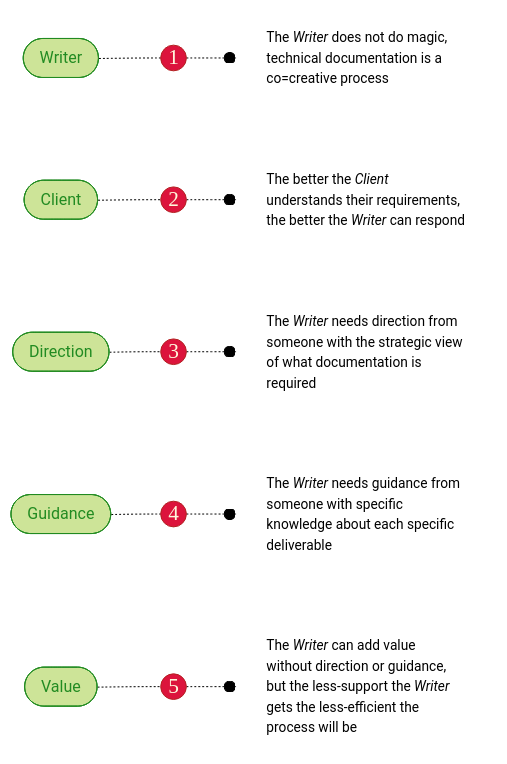
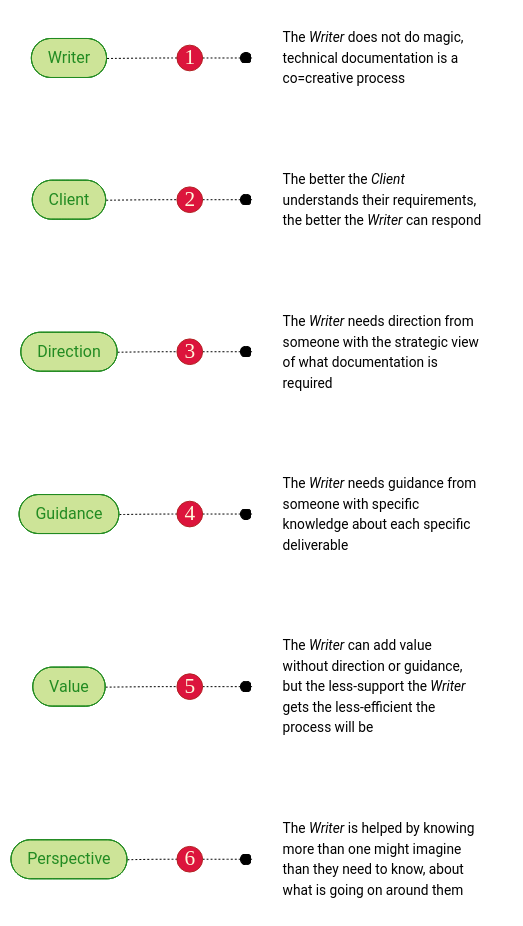
The diagram in contract_v2.md (joe-dorward/samples), drawn with Mermaid (forest theme) before and after one commit.

````diff
--- a/contract_v2.md
+++ b/contract_v2.md
@@ -1,55 +1,62 @@
 ```mermaid
 flowchart LR
 
   %% define styles
   classDef User fill:#cde498, stroke:forestgreen, color:forestgreen;
   classDef Number fill:crimson, color:cornsilk, stroke:firebrick, font-family:verdana, font-size:16pt, padding:10px;
   classDef Button fill:green, color:white;
   classDef Note fill:transparent, stroke:white, text-align:left, font-size: 95%;
 
   classDef Backend fill:mediumseagreen, stroke:white, color:honeydew;
   classDef Entity fill:lightcyan, stroke:royalblue, color:royalblue;
   
   %% ---------- ---------- ---------- ---------- ---------- ---------- ---------- ---------- ---------- ----------
   1(("1")):::Number
   WRITER_01([&nbsp;Writer&nbsp;]):::User
   WRITER_01_NOTE["The <i>Writer</i> does not do magic, technical documentation is a co=creative process"]:::Note
 
   WRITER_01-.-
   1-.-o
   WRITER_01_NOTE
   %% ---------- ---------- ---------- ---------- ---------- ---------- ---------- ---------- ---------- ----------
   2(("2")):::Number
   CLIENT_01([&nbsp;Client&nbsp;]):::User
   CLIENT_01_NOTE["The better the <i>Client</i> understands their requirements, the better the <i>Writer</i> can respond"]:::Note
 
   CLIENT_01-.-
   2-.-o
   CLIENT_01_NOTE
   %% ---------- ---------- ---------- ---------- ---------- ---------- ---------- ---------- ---------- ----------
   3(("3")):::Number
   DIRECTION_01([&nbsp;Direction&nbsp;]):::User
   DIRECTION_01_NOTE["The <i>Writer</i> needs direction from someone with the strategic view of what documentation is required"]:::Note
 
   DIRECTION_01-.-
   3-.-o
   DIRECTION_01_NOTE
   %% ---------- ---------- ---------- ---------- ---------- ---------- ---------- ---------- ---------- ----------
   4(("4")):::Number
   GUIDANCE_01([&nbsp;Guidance&nbsp;]):::User
   GUIDANCE_01_NOTE["The <i>Writer</i> needs guidance from someone with specific knowledge about each specific deliverable"]:::Note
 
   GUIDANCE_01-.-
   4-.-o
   GUIDANCE_01_NOTE
   %% ---------- ---------- ---------- ---------- ---------- ---------- ---------- ---------- ---------- ----------
   5(("5")):::Number
   VALUE_01([&nbsp;Value&nbsp;]):::User
   VALUE_01_NOTE["The <i>Writer</i> can add value without direction or guidance, but the less-support the <i>Writer</i> gets the less-efficient the process will be"]:::Note
 
   VALUE_01-.-
   5-.-o
   VALUE_01_NOTE
+  %% ---------- ---------- ---------- ---------- ---------- ---------- ---------- ---------- ---------- ----------
+  6(("6")):::Number
+  PERSPECTIVE_01([&nbsp;Perspective&nbsp;]):::User
+  PERSPECTIVE_01_NOTE["The <i>Writer</i> is helped by knowing more than one might imagine than they need to know, about what is going on around them"]:::Note
 
+  PERSPECTIVE_01-.-
+  6-.-o
+  PERSPECTIVE_01_NOTE
 
 ```
````
